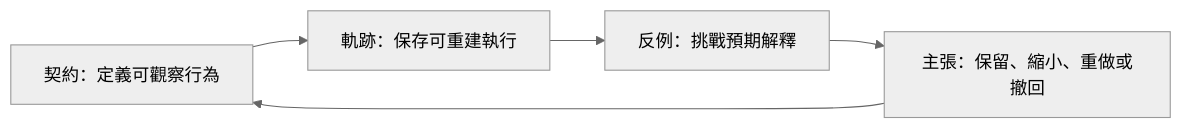
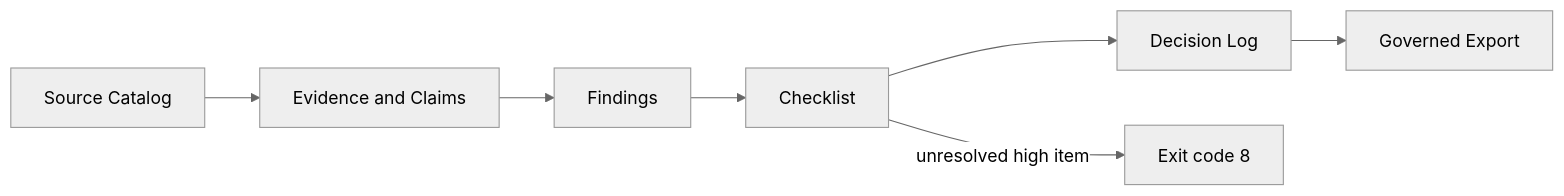
Before and after one commit to http418imateapot/research-writing-workbench: the diagram in README.md, drawn with Mermaid (neutral theme). The commit also changed other lines of this file and 111 other files, not shown here.

````diff
--- a/README.md
+++ b/README.md
@@ -13,7 +44,9 @@
 ```mermaid
 flowchart LR
-  C["契約：定義可觀察行為"] --> T["軌跡：保存可重建執行"]
-  T --> X["反例：挑戰預期解釋"]
-  X --> L["主張：保留、縮小、重做或撤回"]
-  L --> C
+  S["Source Catalog"] --> E["Evidence and Claims"]
+  E --> F["Findings"]
+  F --> C["Checklist"]
+  C --> D["Decision Log"]
+  D --> X["Governed Export"]
+  C -- "unresolved high item" --> B["Exit code 8"]
 ```
````
